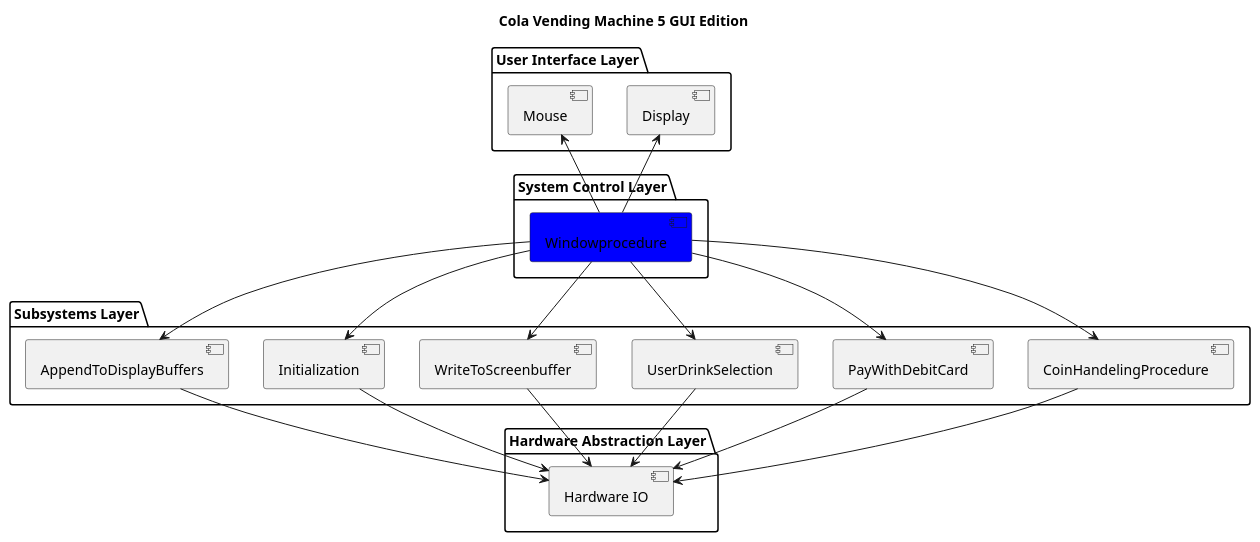
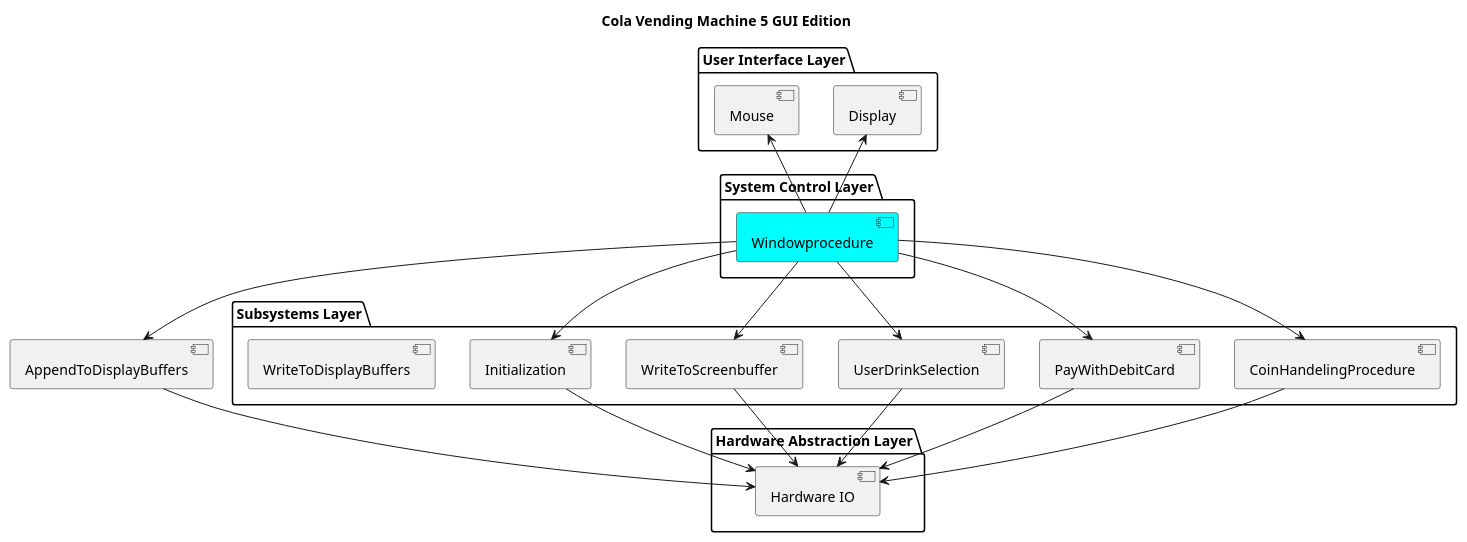
The diagram in Source/ColaVendingMachineGui/ColaVendingMachine-5-layer.puml (CupOfEspresso/ColaVendingMachine-5), drawn with PlantUML before and after one commit. The commit also changed 17 other files, not shown here.

Commit message:
Working on tiding up the code and UML

```diff
--- a/Source/ColaVendingMachineGui/ColaVendingMachine-5-layer.puml
+++ b/Source/ColaVendingMachineGui/ColaVendingMachine-5-layer.puml
@@ -1,44 +1,44 @@
 @startuml
 
 title Cola Vending Machine 5 GUI Edition
 
 package "User Interface Layer" {
     [Display]
     [Mouse]
 }
 
 package "System Control Layer" {
-    [Windowprocedure] #Blue
+    [Windowprocedure] #Cyan
 }
 
 package "Subsystems Layer" {
     [CoinHandelingProcedure]
     [PayWithDebitCard]
     [UserDrinkSelection]
     [WriteToScreenbuffer]
     [Initialization]
-    [AppendToDisplayBuffers]
+    [WriteToDisplayBuffers]
 }
 
 package "Hardware Abstraction Layer" {
     [Hardware IO]
 }
 
 [Windowprocedure] -up-> [Mouse]
 [Windowprocedure] -up-> [Display]
 
 [Windowprocedure] -down-> [CoinHandelingProcedure]
 [Windowprocedure] -down-> [PayWithDebitCard]
 [Windowprocedure] -down-> [UserDrinkSelection]
 [Windowprocedure] -down-> [WriteToScreenbuffer]
 [Windowprocedure] -down-> [Initialization]
 [Windowprocedure] -down-> [AppendToDisplayBuffers]
 
 [CoinHandelingProcedure] -down-> [Hardware IO]
 [PayWithDebitCard] -down-> [Hardware IO]
 [UserDrinkSelection] -down-> [Hardware IO]
 [WriteToScreenbuffer] -down-> [Hardware IO]
 [Initialization] -down-> [Hardware IO]
 [AppendToDisplayBuffers] -down-> [Hardware IO]
 
 @enduml
```
